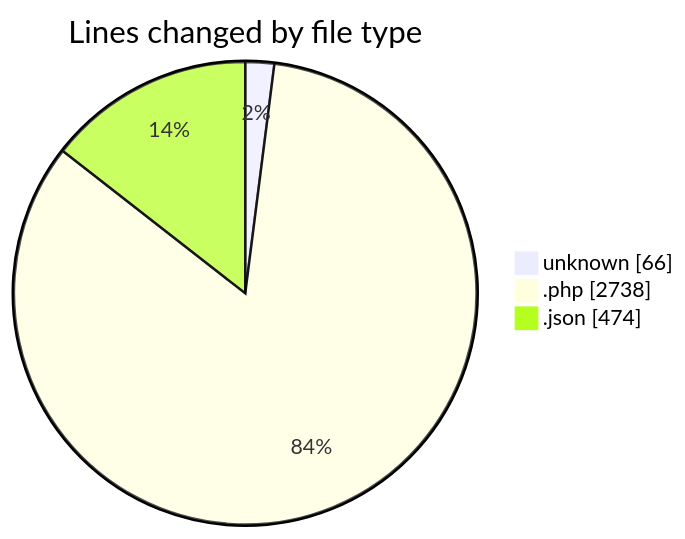
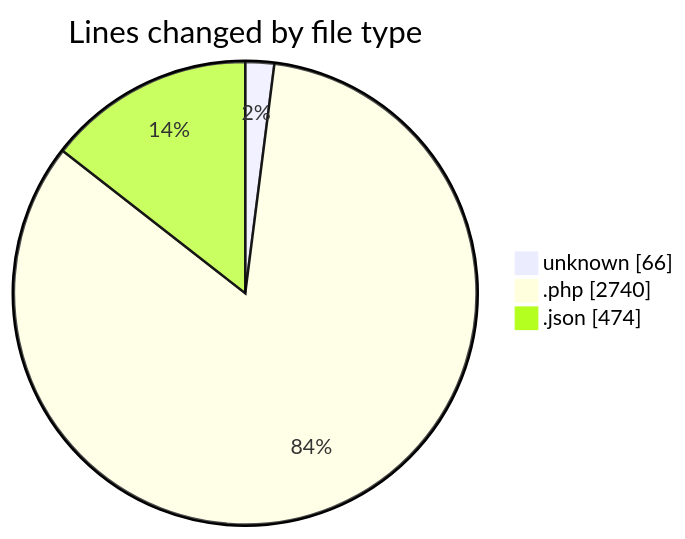
One commit to idhammustaqopulfikri/code-tracking changed the first of 2 diagrams in 2025-05-27/studio-backend/README.md. Above: the diagram before and after it, drawn with Mermaid. The commit also changed other lines of this file and 1 other file, not shown here.

````diff
--- a/2025-05-27/studio-backend/README.md
+++ b/2025-05-27/studio-backend/README.md
@@ -54,7 +54,7 @@
 ```mermaid
 pie showData
 title Lines changed by file type
 "unknown" : 66
-".php" : 2738
+".php" : 2740
 ".json" : 474
 ```
````
